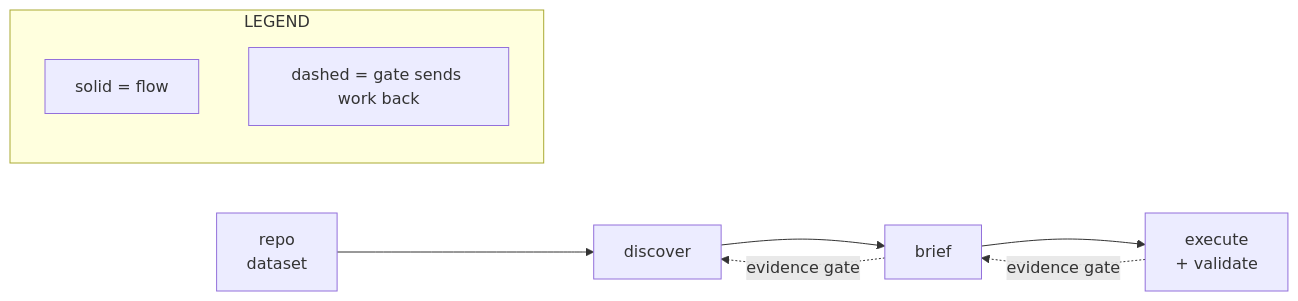
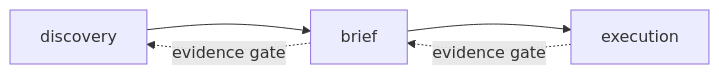
Before and after one commit to NTDuck/ARCMiS: the fifth of 6 diagrams in docs/slides/slides.md, drawn with Mermaid. The commit also changed other lines of this file and 235 other files, not shown here.

````diff
--- a/docs/slides/slides.md
+++ b/docs/slides/slides.md
@@ -606,10 +472,6 @@
 ```mermaid
 flowchart LR
-  DS["repo<br/>dataset"] --> DI["discover"] --> BR["brief"] --> EX["execute<br/>+ validate"]
-  BR -.->|"evidence gate"| DI
-  EX -.->|"evidence gate"| BR
-  subgraph LEGEND["LEGEND"]
-    L1y["solid = flow"]
-    L2y["dashed = gate sends work back"]
-  end
+  A["discovery"] --> B["brief"] --> C["execution"]
+  B -.->|"evidence gate"| A
+  C -.->|"evidence gate"| B
 ```
````
